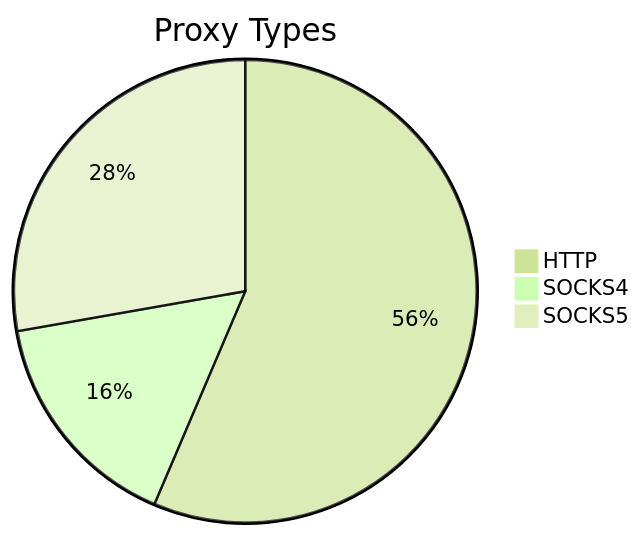
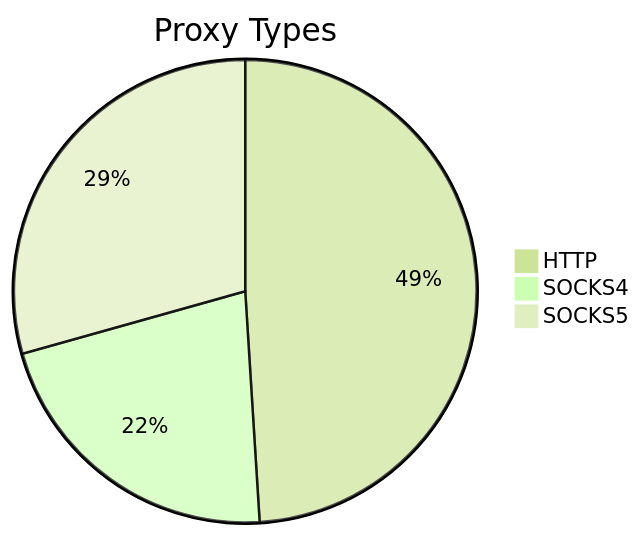
Before and after one commit to stormsia/proxy-list: the first of 2 diagrams in README.md, drawn with Mermaid (forest theme). The commit also changed other lines of this file, not shown here.

````diff
--- a/README.md
+++ b/README.md
@@ -21,6 +21,6 @@
 ```mermaid
 pie title Proxy Types
-    "HTTP" : 189
-    "SOCKS4" : 53
-    "SOCKS5" : 93
+    "HTTP" : 197
+    "SOCKS4" : 87
+    "SOCKS5" : 118
 ```
````
